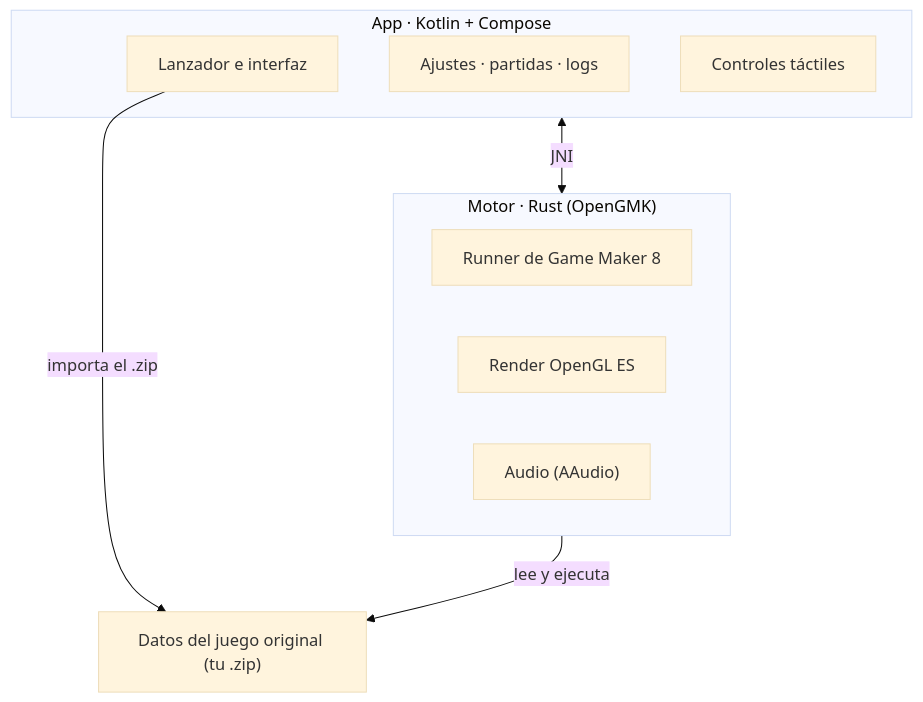
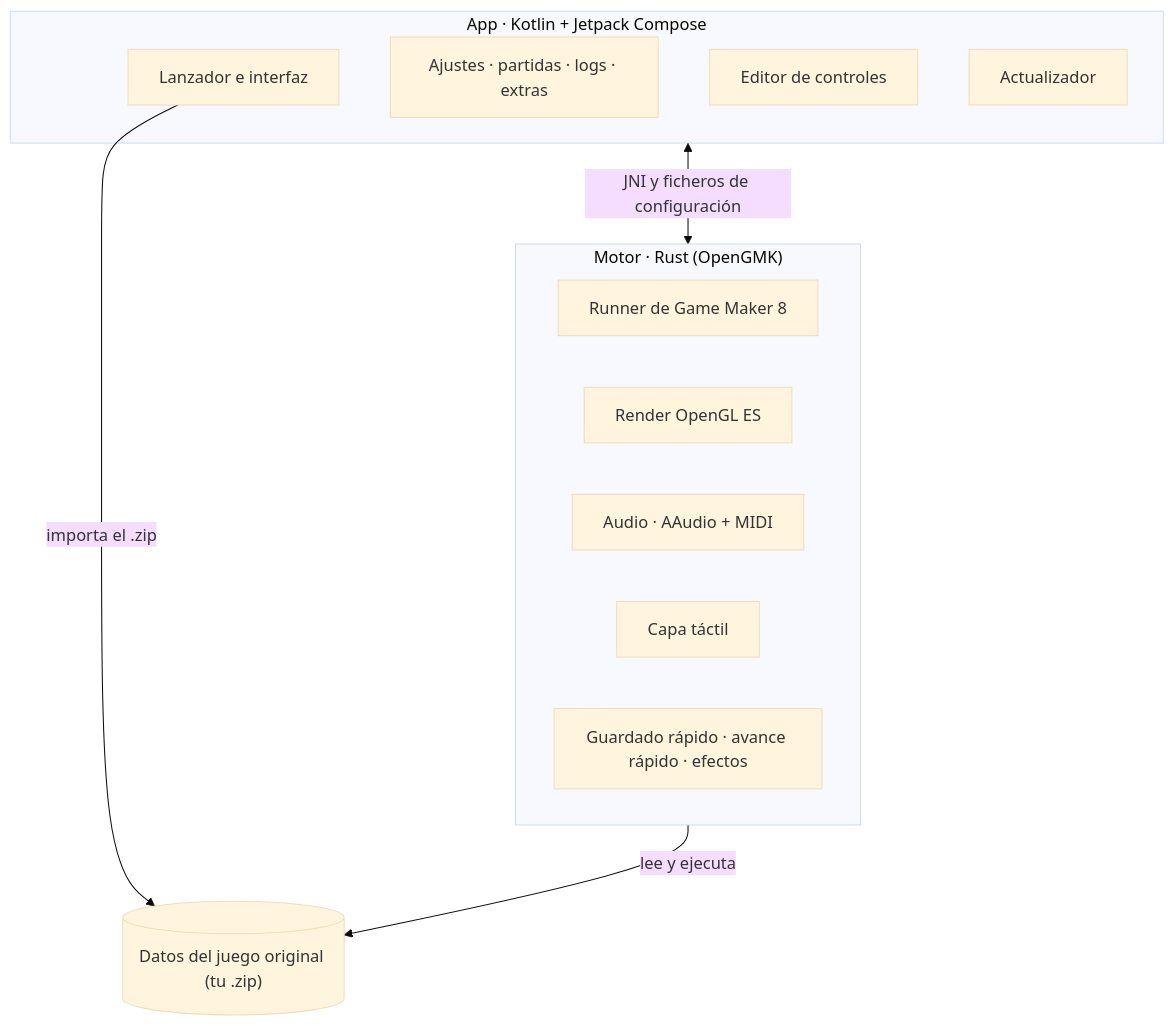
One commit to waldnerverges27-collab/pokemon-reloaded-android-mejorado changed the diagram in README.md. Above: the diagram before and after it, drawn with Mermaid (base theme). The commit also changed other lines of this file, not shown here.

Commit message:
README: documentación completa del proyecto

````diff
--- a/README.md
+++ b/README.md
@@ -91,20 +175,23 @@
 ```mermaid
 flowchart TB
-    subgraph app["App · Kotlin + Compose"]
+    subgraph app["App · Kotlin + Jetpack Compose"]
         launcher["Lanzador e interfaz"]
-        ajustes["Ajustes · partidas · logs"]
-        overlay["Controles táctiles"]
+        ajustes["Ajustes · partidas · logs · extras"]
+        editor["Editor de controles"]
+        upd["Actualizador"]
     end
 
     subgraph engine["Motor · Rust (OpenGMK)"]
         runner["Runner de Game Maker 8"]
         render["Render OpenGL ES"]
-        audio["Audio (AAudio)"]
+        audio["Audio · AAudio + MIDI"]
+        touch["Capa táctil"]
+        extras["Guardado rápido · avance rápido · efectos"]
     end
 
-    juego["Datos del juego original (tu .zip)"]
+    juego[("Datos del juego original (tu .zip)")]
 
     launcher -->|importa el .zip| juego
-    app <-->|JNI| engine
+    app <-->|"JNI y ficheros de configuración"| engine
     engine -->|lee y ejecuta| juego
 ```
````
